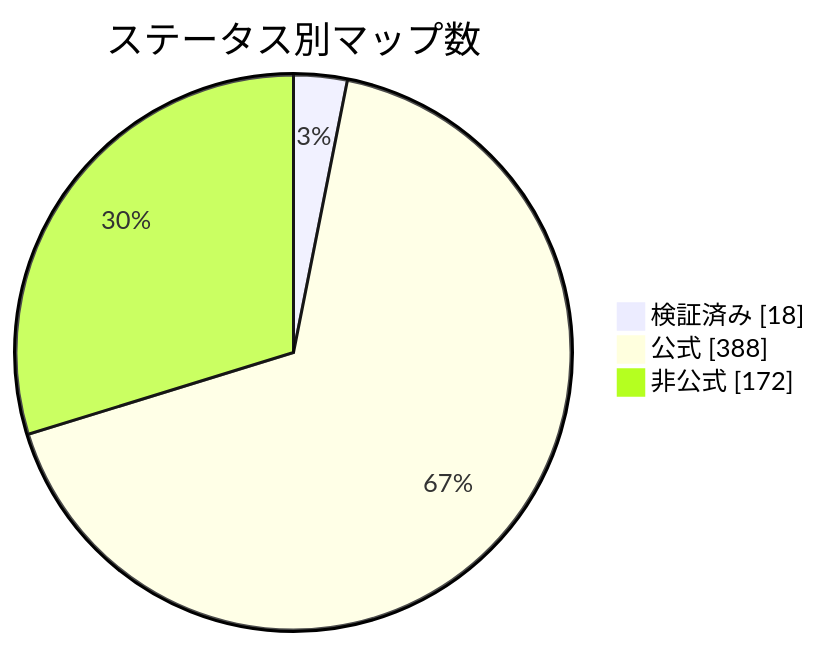
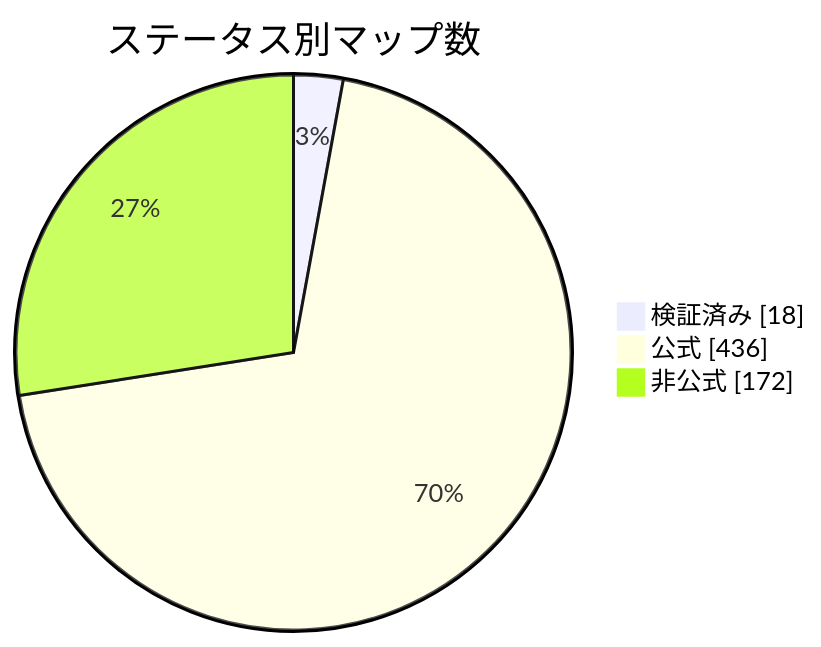
One commit to nobrega8/mbmap-library changed the diagram in docs/readme/README_JP.md. Above: the diagram before and after it, drawn with Mermaid. The commit also changed 53 other files, not shown here.

````diff
--- a/docs/readme/README_JP.md
+++ b/docs/readme/README_JP.md
@@ -54,7 +54,7 @@
 ```mermaid
 pie showData
     title ステータス別マップ数
     "検証済み" : 18
-    "公式" : 388
+    "公式" : 436
     "非公式" : 172
 ```
````
